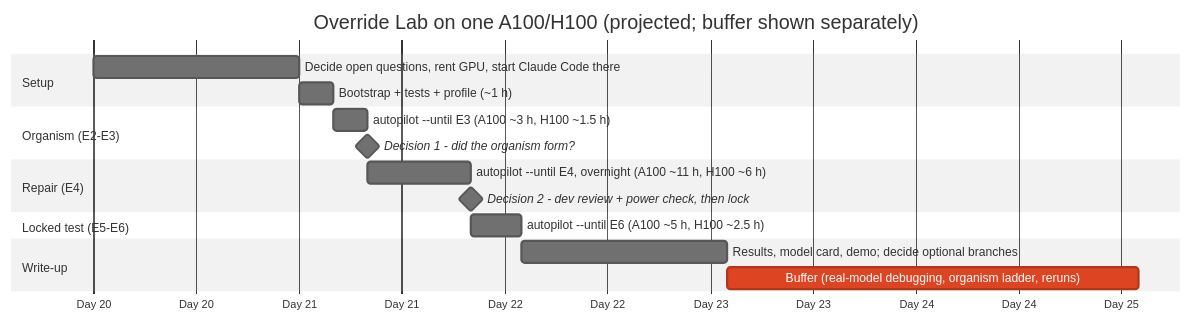
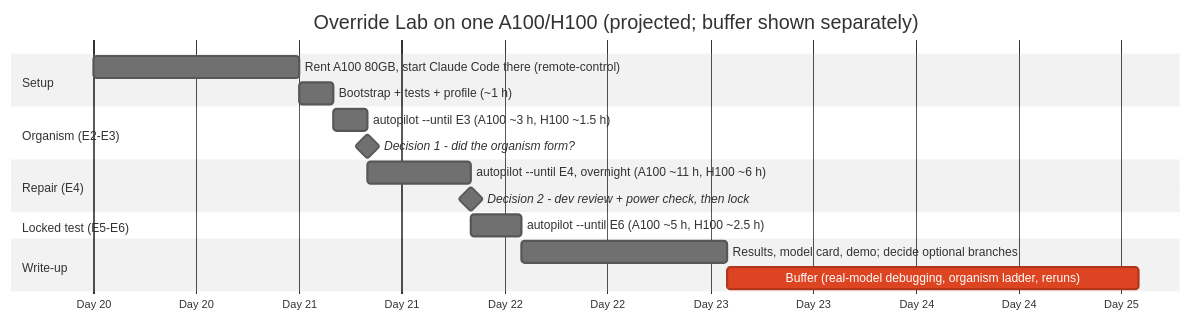
The diagram in docs/RUNBOOK.md (Jihan-5/AI-Alignment-Under-Goal-Conflicts), drawn with Mermaid (neutral theme) before and after one commit. The commit also changed other lines of this file and 1 other file, not shown here.

First line of the commit message:
Record Day-0 decisions: held out from repair only, all four organism rules, A100 80GB via Remote Control

````diff
--- a/docs/RUNBOOK.md
+++ b/docs/RUNBOOK.md
@@ -7,20 +7,20 @@
 ```mermaid
 gantt
     title Override Lab on one A100/H100 (projected; buffer shown separately)
     dateFormat  YYYY-MM-DD
     axisFormat  Day %d
     section Setup
-    Decide open questions, rent GPU, start Claude Code there   :d0, 2026-10-20, 1d
+    Rent A100 80GB, start Claude Code there (remote-control)   :d0, 2026-10-20, 1d
     Bootstrap + tests + profile (~1 h)                           :d1a, 2026-10-21, 4h
     section Organism (E2-E3)
     autopilot --until E3 (A100 ~3 h, H100 ~1.5 h)               :d1b, after d1a, 4h
     Decision 1 - did the organism form?                          :milestone, m1, after d1b, 0d
     section Repair (E4)
     autopilot --until E4, overnight (A100 ~11 h, H100 ~6 h)     :d1c, after d1b, 12h
     Decision 2 - dev review + power check, then lock             :milestone, m2, after d1c, 0d
     section Locked test (E5-E6)
     autopilot --until E6 (A100 ~5 h, H100 ~2.5 h)               :d2, after d1c, 6h
     section Write-up
     Results, model card, demo; decide optional branches          :d3, after d2, 1d
     Buffer (real-model debugging, organism ladder, reruns)       :crit, d4, after d3, 2d
 ```
````
